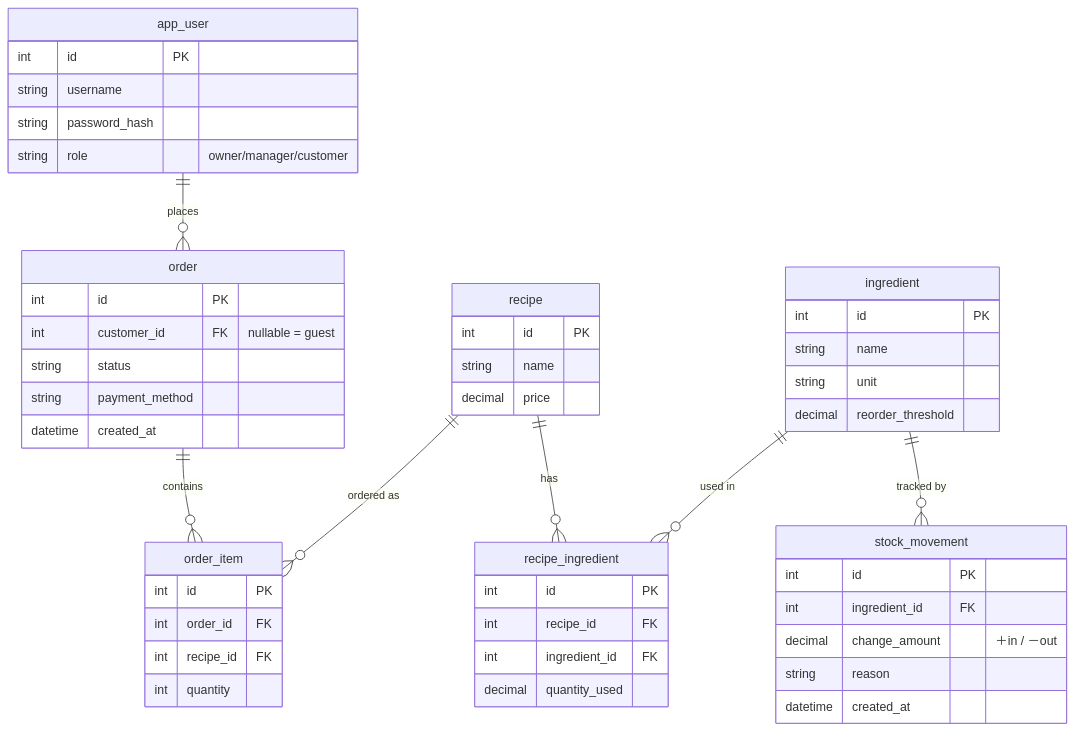
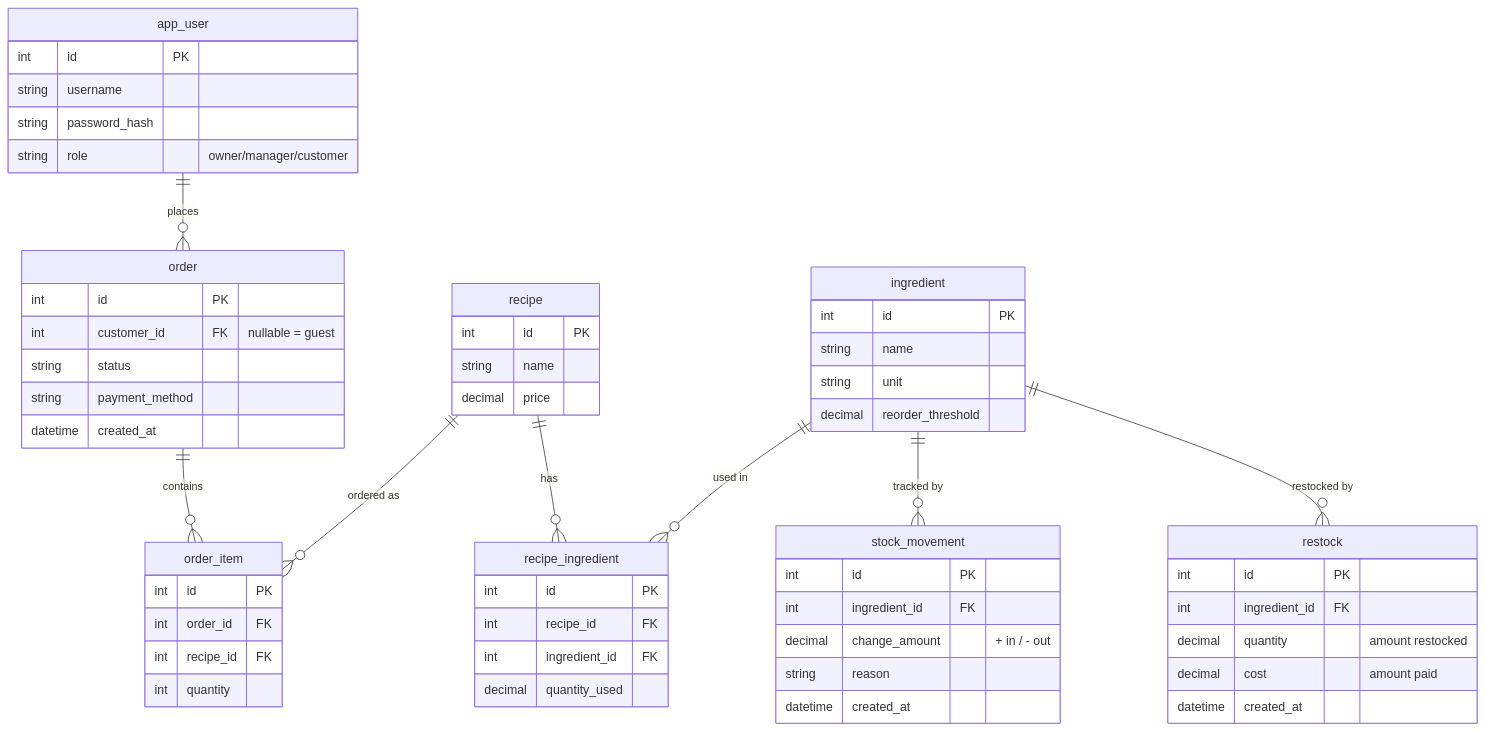
Before and after one commit to ljjiaa/bubble-tea-shop: the diagram in docs/er-diagram.md, drawn with Mermaid.

````diff
--- a/docs/er-diagram.md
+++ b/docs/er-diagram.md
@@ -1,52 +1,60 @@
 ```mermaid
 erDiagram
     ingredient {
         int id PK
         string name
         string unit
         decimal reorder_threshold
     }
     recipe {
         int id PK
         string name
         decimal price
     }
     recipe_ingredient {
         int id PK
         int recipe_id FK
         int ingredient_id FK
         decimal quantity_used
     }
     order {
         int id PK
         int customer_id FK "nullable = guest"
         string status
         string payment_method
         datetime created_at
     }
     order_item {
         int id PK
         int order_id FK
         int recipe_id FK
         int quantity
     }
     stock_movement {
         int id PK
         int ingredient_id FK
-        decimal change_amount "＋in / －out"
+        decimal change_amount "+ in / - out"
         string reason
+        datetime created_at
+    }
+    restock {
+        int id PK
+        int ingredient_id FK
+        decimal quantity "amount restocked"
+        decimal cost "amount paid"
         datetime created_at
     }
     app_user {
         int id PK
         string username
         string password_hash
         string role "owner/manager/customer"
     }
     recipe ||--o{ recipe_ingredient : "has"
     ingredient ||--o{ recipe_ingredient : "used in"
     order ||--o{ order_item : "contains"
     recipe ||--o{ order_item : "ordered as"
     ingredient ||--o{ stock_movement : "tracked by"
+    ingredient ||--o{ restock : "restocked by"
     app_user ||--o{ order : "places"
 ```
````
